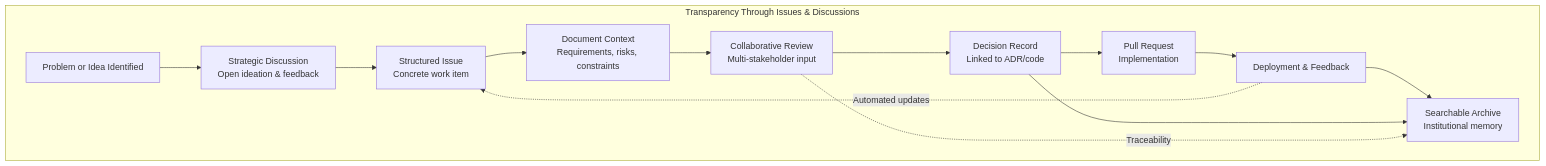
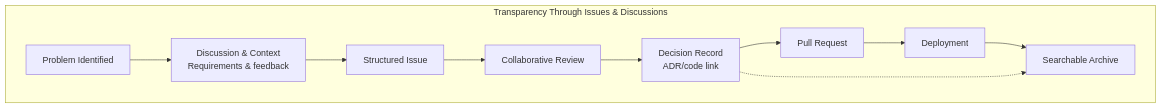
The diagram in docs/images/diagram_19_transparency_flow.mmd (Geonitab/architecture_as_code), drawn with Mermaid before and after one commit. The commit also changed 10 other files, not shown here.

First line of the commit message:
Simplify complex diagrams to improve readability

```diff
--- a/docs/images/diagram_19_transparency_flow.mmd
+++ b/docs/images/diagram_19_transparency_flow.mmd
@@ -1,27 +1,21 @@
 %% Transparency workflow showing how issues and discussions enable transparent decision-making
 graph TB
     subgraph "Transparency Through Issues & Discussions"
-        Problem[Problem or Idea Identified]:::kv-primary
-        Discussion[Strategic Discussion<br/>Open ideation & feedback]:::kv-highlight
-        Issue[Structured Issue<br/>Concrete work item]:::kv-accent
-        Context[Document Context<br/>Requirements, risks, constraints]:::kv-highlight
-        Review[Collaborative Review<br/>Multi-stakeholder input]:::kv-accent
-        Decision[Decision Record<br/>Linked to ADR/code]:::kv-pattern
-        PR[Pull Request<br/>Implementation]:::kv-accent
-        Deployment[Deployment & Feedback]:::kv-primary
-        Archive[Searchable Archive<br/>Institutional memory]:::kv-muted
+        Problem[Problem Identified]:::kv-primary
+        Discussion[Discussion & Context<br/>Requirements & feedback]:::kv-highlight
+        Issue[Structured Issue]:::kv-accent
+        Review[Collaborative Review]:::kv-accent
+        Decision[Decision Record<br/>ADR/code link]:::kv-pattern
+        PR[Pull Request]:::kv-accent
+        Deployment[Deployment]:::kv-primary
+        Archive[Searchable Archive]:::kv-muted
     end
 
     Problem --> Discussion
     Discussion --> Issue
-    Issue --> Context
-    Context --> Review
+    Issue --> Review
     Review --> Decision
     Decision --> PR
     PR --> Deployment
     Deployment --> Archive
-    Decision --> Archive
-    
-    %% Cross-references
-    Review -.->|Traceability| Archive
-    Deployment -.->|Automated updates| Issue
+    Decision -.-> Archive
```
